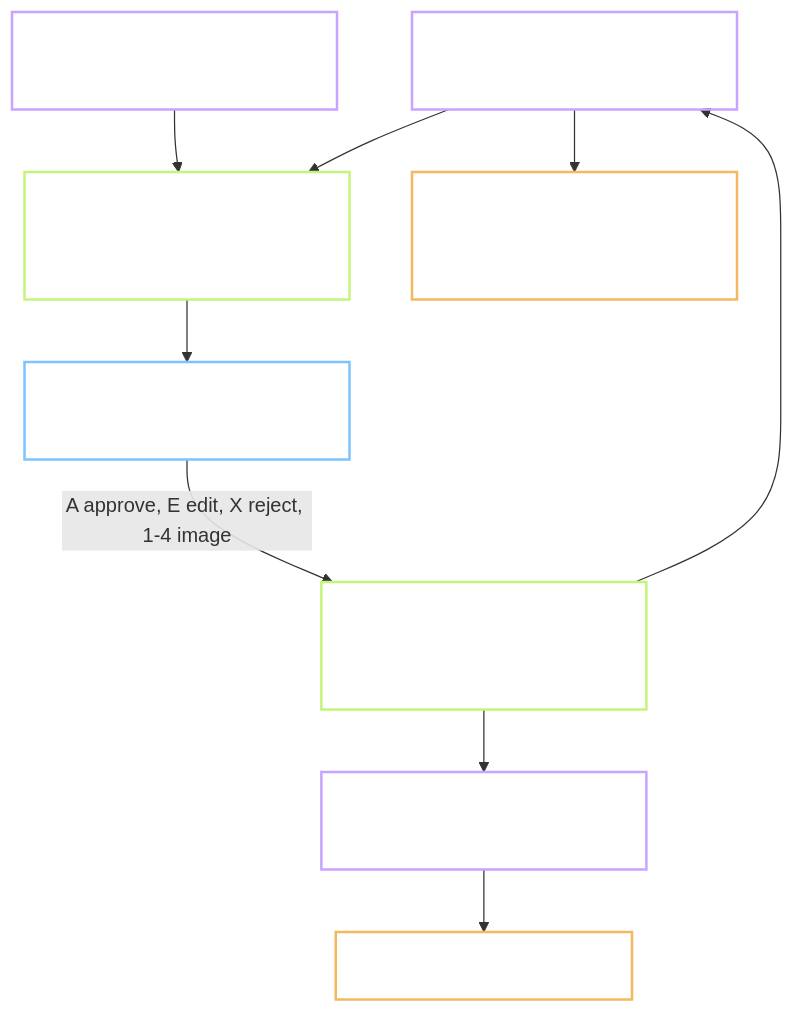
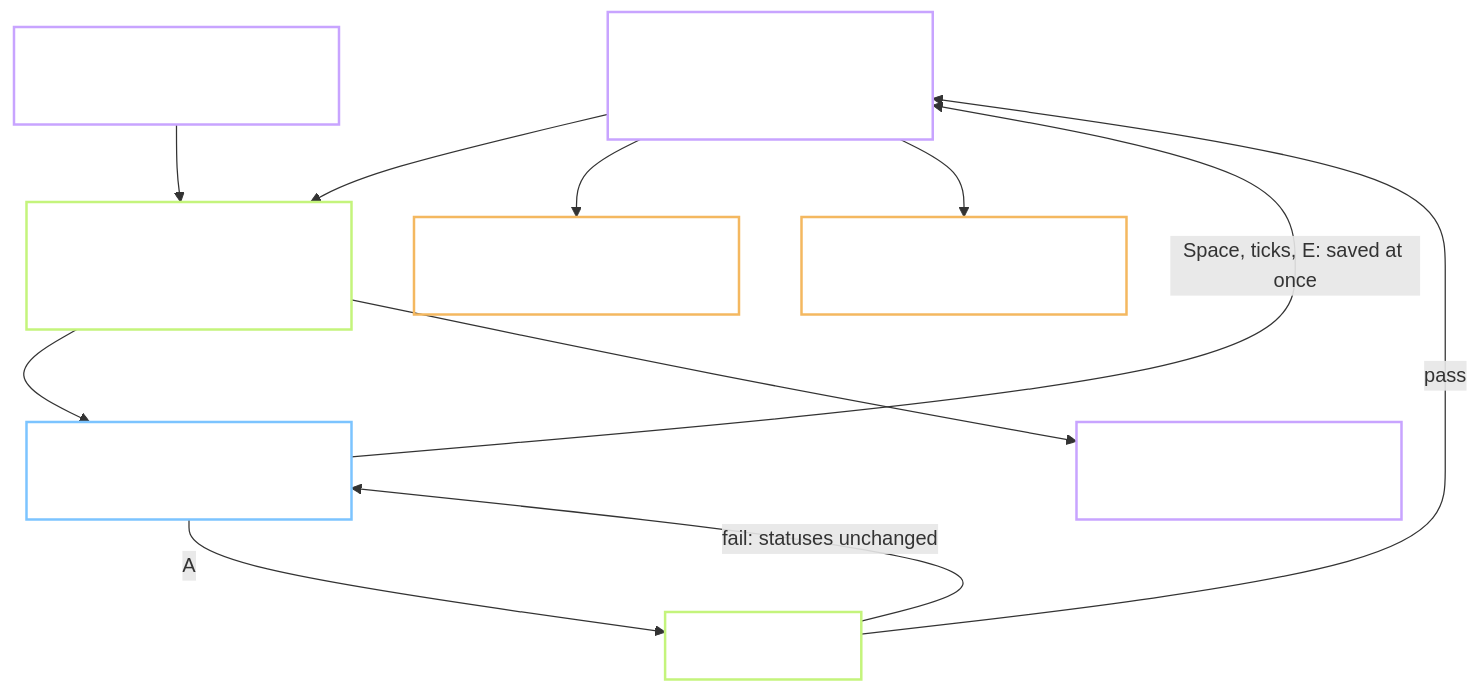
The diagram in docs/tasks/P.5/Plan.md (hieudelfi/MoonEgg), drawn with Mermaid before and after one commit. The commit also changed other lines of this file and 1 other file, not shown here.

Commit message:
docs(P.5): rewrite plan and flow after the cold read, 41 defects

````diff
--- a/docs/tasks/P.5/Plan.md
+++ b/docs/tasks/P.5/Plan.md
@@ -101,16 +123,18 @@
 ```mermaid
 graph TB
-    A["senses.csv, examples.csv, images.csv in content/pack/"]:::purple --> B["workbench server on 127.0.0.1, Python standard library"]:::green
+    A["working folder: senses, examples, images, word_review"]:::purple --> B["workbench server on 127.0.0.1, Python standard library"]:::green
     L["lexicon CSV: word, IPA, sounds"]:::purple --> B
     B --> C["one page: one word per screen"]:::cyan
-    C -->|"A approve, E edit, X reject, 1-4 image"| D["rules: approve needs meaning, 2 sentences, 5 checks"]:::green
-    D --> A
-    D --> E["review_log.csv: who, what, seconds"]:::purple
-    A --> F["export: lexicon_reviewed.csv for verify_pack --strict"]:::amber
-    E --> G["report: seconds per word"]:::amber
+    C -->|"Space, ticks, E: saved at once"| A
+    C -->|"A"| D["approve rules"]:::green
+    D -->|"pass"| A
+    D -->|"fail: statuses unchanged"| C
+    B --> E["review_log.csv: who, what, seconds"]:::purple
+    A --> F["export, inside the same folder"]:::amber
+    A --> G["check_files: source, licence, links, drafts"]:::amber
 
     classDef amber fill:transparent,stroke:#f4b860,stroke-width:2px,color:#fff
     classDef cyan fill:transparent,stroke:#7cc4ff,stroke-width:2px,color:#fff
     classDef green fill:transparent,stroke:#c4f47c,stroke-width:2px,color:#fff
     classDef purple fill:transparent,stroke:#c8a4ff,stroke-width:2px,color:#fff
 ```
````
